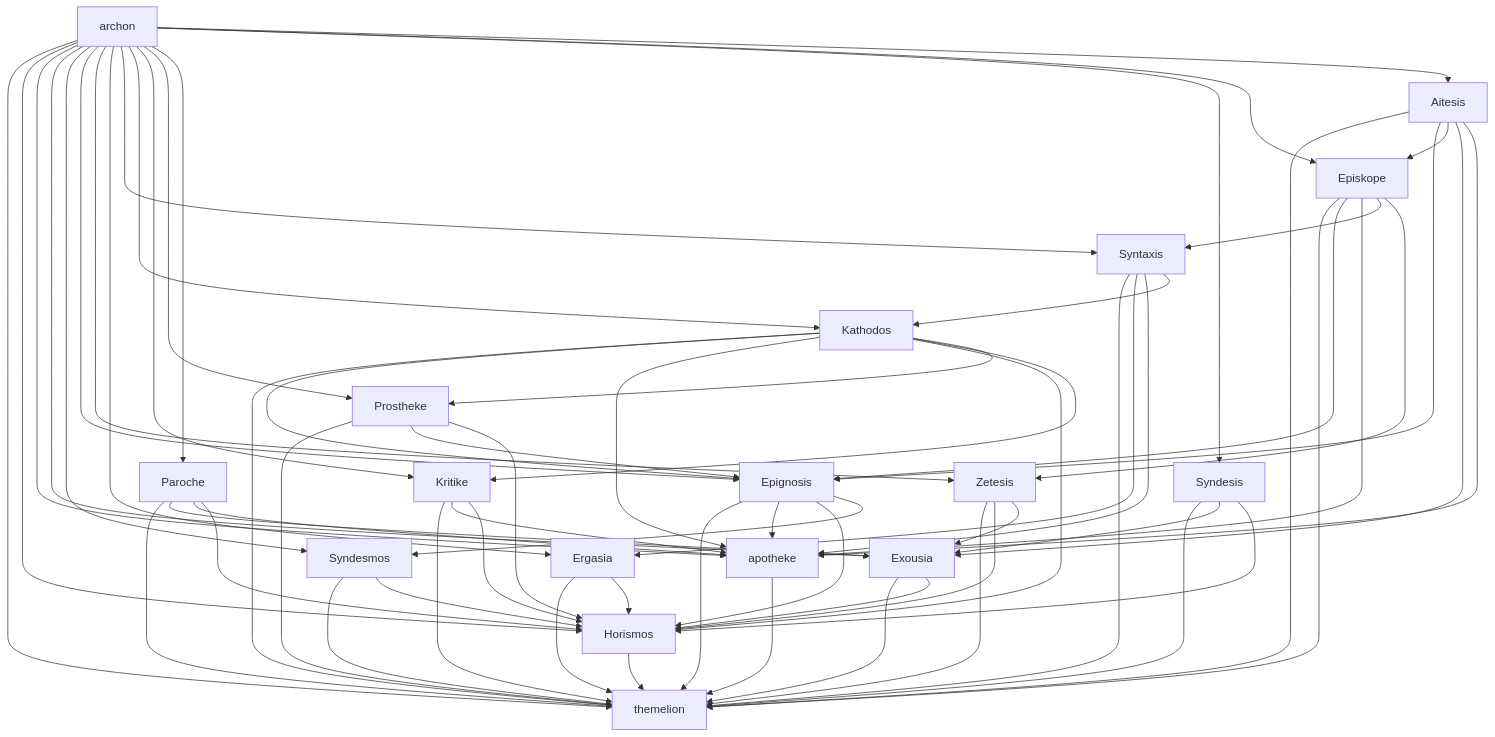
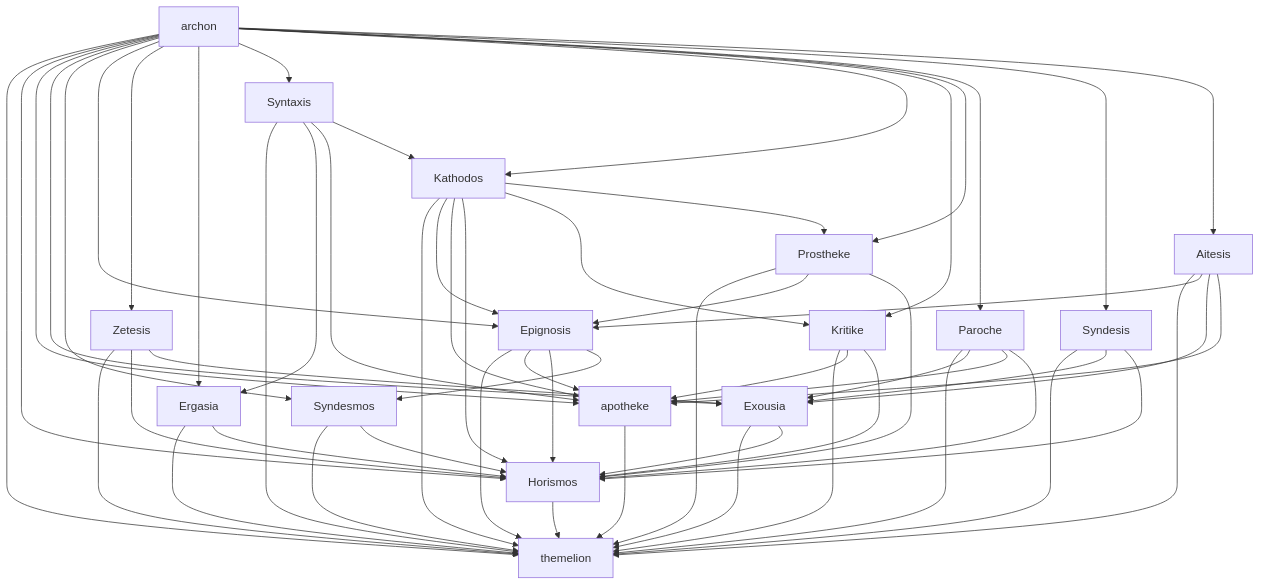
One commit to forkwright/harmonia changed the diagram in docs/architecture/cargo.md. Above: the diagram before and after it, drawn with Mermaid. The commit also changed other lines of this file and 21 other files, not shown here.

````diff
--- a/docs/architecture/cargo.md
+++ b/docs/architecture/cargo.md
@@ -156,17 +156,9 @@
     Syndesis --> Exousia
     Syndesis --> Horismos
 
-    %% Monitoring — depends on acquisition pipeline subsystems
-    Episkope --> HC
-    Episkope --> Epignosis
-    Episkope --> HDB
-    Episkope --> Syntaxis
-    Episkope --> Zetesis
-
-    %% Requests — depends on Episkope, Epignosis, Exousia
+    %% Requests — depends on Epignosis, Exousia, and storage
     Aitesis --> HC
     Aitesis --> Epignosis
-    Aitesis --> Episkope
     Aitesis --> Exousia
     Aitesis --> HDB
 
@@ -185,6 +177,5 @@
     Host --> Prostheke
     Host --> Paroche
     Host --> Syndesis
-    Host --> Episkope
     Host --> Aitesis
 ```
````
